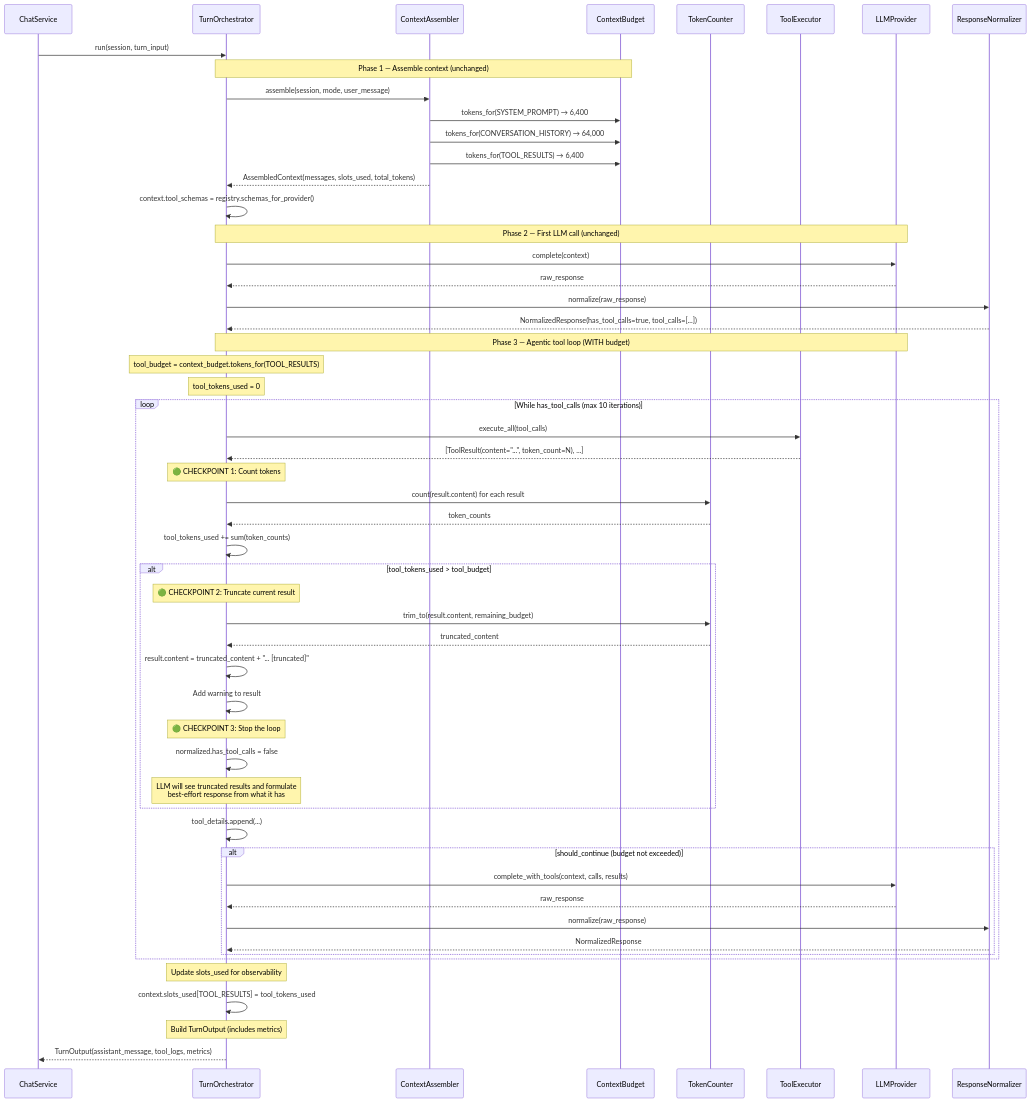
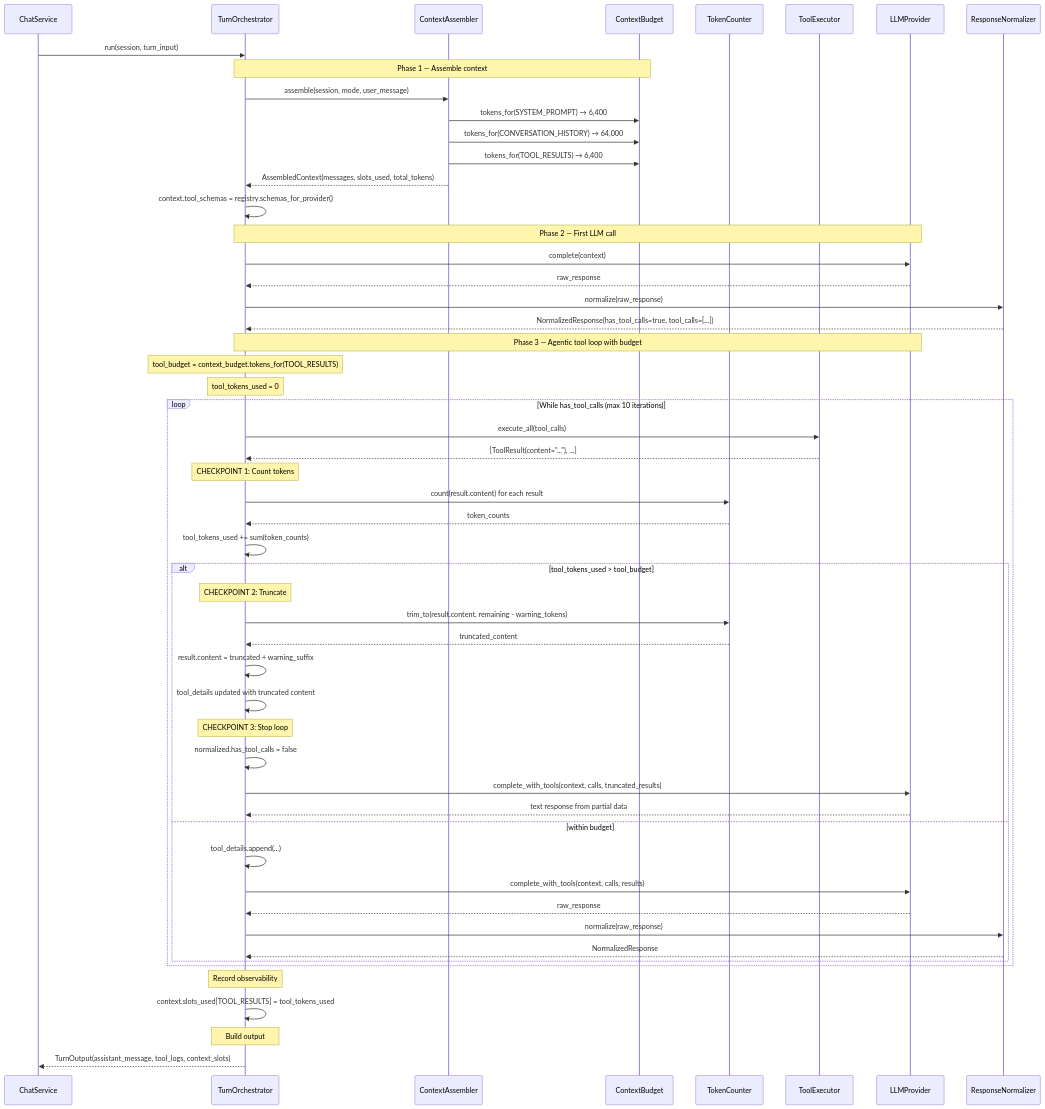
The first of 4 diagrams in kitchen-agent/docs/f01-token-tool-loop.md (m1981/kuchnie), drawn with Mermaid before and after one commit. The commit also changed other lines of this file, not shown here.

````diff
--- a/kitchen-agent/docs/f01-token-tool-loop.md
+++ b/kitchen-agent/docs/f01-token-tool-loop.md
@@ -84,69 +24,67 @@
 ```mermaid
 sequenceDiagram
     participant CS as ChatService
     participant TO as TurnOrchestrator
     participant CA as ContextAssembler
     participant CB as ContextBudget
     participant TC as TokenCounter
     participant TE as ToolExecutor
     participant LLM as LLMProvider
     participant NR as ResponseNormalizer
 
     CS->>TO: run(session, turn_input)
 
-    Note over TO,CB: Phase 1 — Assemble context (unchanged)
+    Note over TO,CB: Phase 1 — Assemble context
     TO->>CA: assemble(session, mode, user_message)
     CA->>CB: tokens_for(SYSTEM_PROMPT) → 6,400
     CA->>CB: tokens_for(CONVERSATION_HISTORY) → 64,000
     CA->>CB: tokens_for(TOOL_RESULTS) → 6,400
     CA-->>TO: AssembledContext(messages, slots_used, total_tokens)
 
     TO->>TO: context.tool_schemas = registry.schemas_for_provider()
 
-    Note over TO,LLM: Phase 2 — First LLM call (unchanged)
+    Note over TO,LLM: Phase 2 — First LLM call
     TO->>LLM: complete(context)
     LLM-->>TO: raw_response
     TO->>NR: normalize(raw_response)
     NR-->>TO: NormalizedResponse(has_tool_calls=true, tool_calls=[...])
 
-    Note over TO,LLM: Phase 3 — Agentic tool loop (WITH budget)
+    Note over TO,LLM: Phase 3 — Agentic tool loop with budget
     Note over TO: tool_budget = context_budget.tokens_for(TOOL_RESULTS)
     Note over TO: tool_tokens_used = 0
 
     loop While has_tool_calls (max 10 iterations)
         TO->>TE: execute_all(tool_calls)
-        TE-->>TO: [ToolResult(content="...", token_count=N), ...]
+        TE-->>TO: [ToolResult(content="..."), ...]
 
-        Note over TO: 🟢 CHECKPOINT 1: Count tokens
+        Note over TO: CHECKPOINT 1: Count tokens
         TO->>TC: count(result.content) for each result
         TC-->>TO: token_counts
         TO->>TO: tool_tokens_used += sum(token_counts)
 
         alt tool_tokens_used > tool_budget
-            Note over TO: 🟢 CHECKPOINT 2: Truncate current result
-            TO->>TC: trim_to(result.content, remaining_budget)
+            Note over TO: CHECKPOINT 2: Truncate
+            TO->>TC: trim_to(result.content, remaining - warning_tokens)
             TC-->>TO: truncated_content
-            TO->>TO: result.content = truncated_content + "... [truncated]"
-            TO->>TO: Add warning to result
+            TO->>TO: result.content = truncated + warning_suffix
+            TO->>TO: tool_details updated with truncated content
 
-            Note over TO: 🟢 CHECKPOINT 3: Stop the loop
+            Note over TO: CHECKPOINT 3: Stop loop
             TO->>TO: normalized.has_tool_calls = false
-            Note over TO: LLM will see truncated results and formulate<br/>best-effort response from what it has
-        end
-
-        TO->>TO: tool_details.append(...)
-
-        alt should_continue (budget not exceeded)
+            TO->>LLM: complete_with_tools(context, calls, truncated_results)
+            LLM-->>TO: text response from partial data
+        else within budget
+            TO->>TO: tool_details.append(...)
             TO->>LLM: complete_with_tools(context, calls, results)
             LLM-->>TO: raw_response
             TO->>NR: normalize(raw_response)
             NR-->>TO: NormalizedResponse
         end
     end
 
-    Note over TO: Update slots_used for observability
+    Note over TO: Record observability
     TO->>TO: context.slots_used[TOOL_RESULTS] = tool_tokens_used
 
-    Note over TO: Build TurnOutput (includes metrics)
-    TO-->>CS: TurnOutput(assistant_message, tool_logs, metrics)
+    Note over TO: Build output
+    TO-->>CS: TurnOutput(assistant_message, tool_logs, context_slots)
 ```
````
